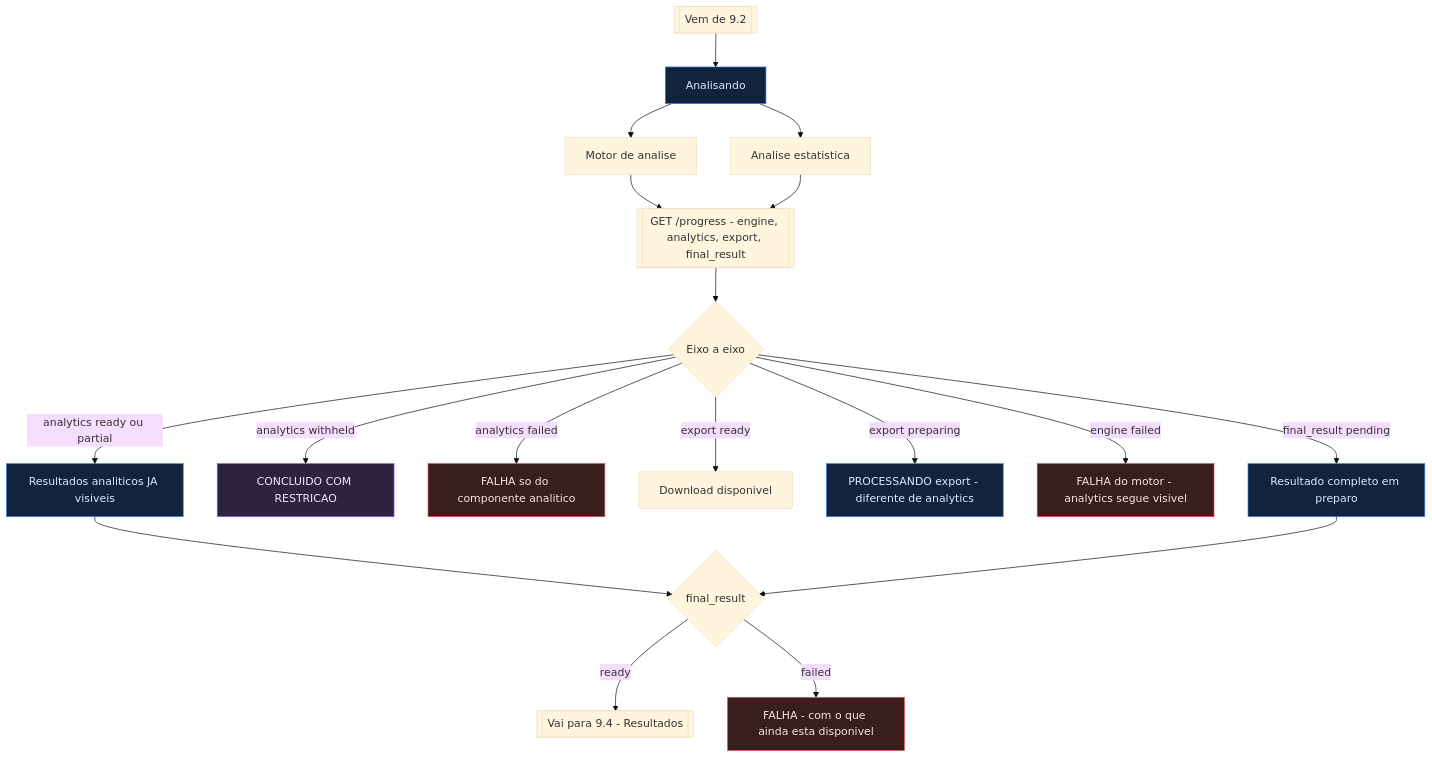
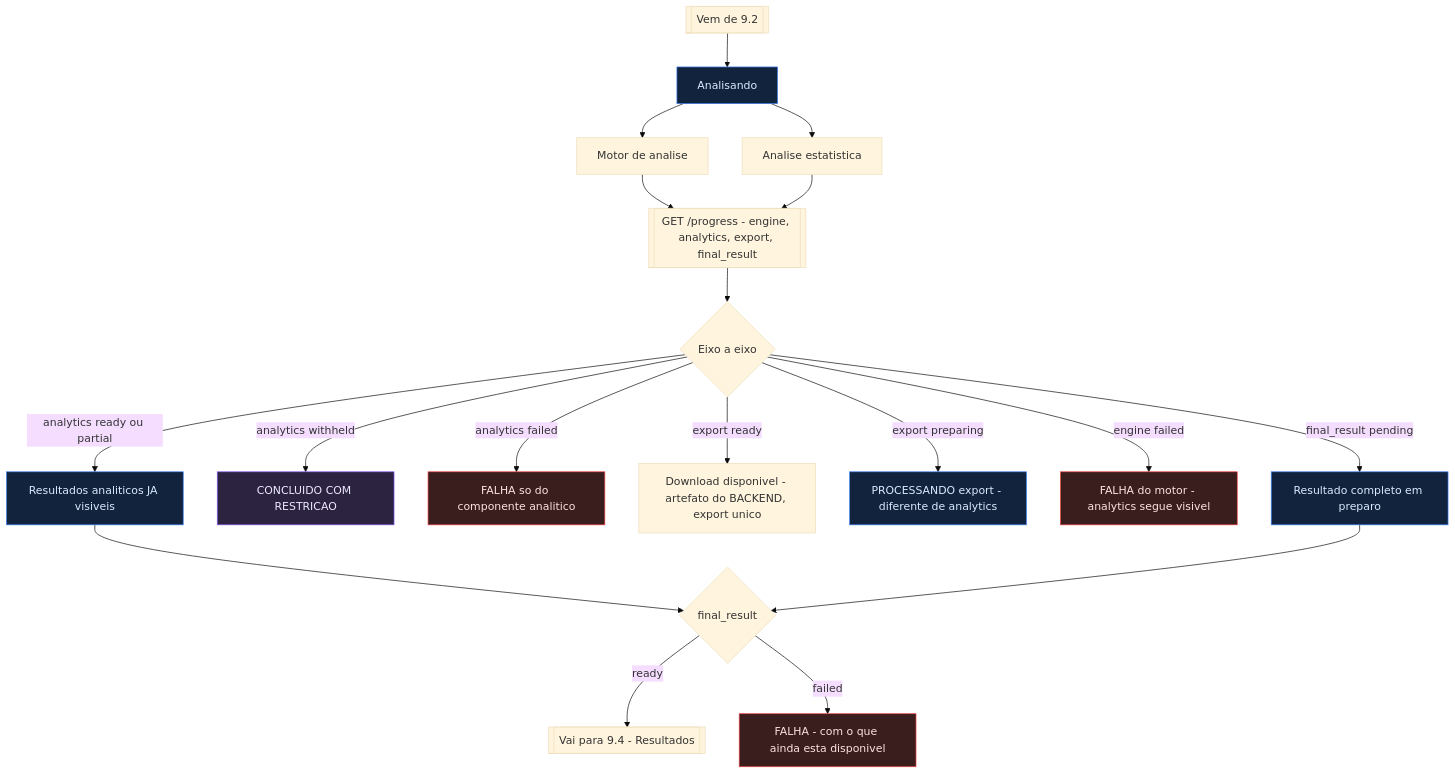
One commit to eduardosampaio1/sentinela-front changed the fourth of 5 diagrams in docs/DISCOVERY-FRONT-EXPERIENCE.md. Above: the diagram before and after it, drawn with Mermaid (base theme). The commit also changed other lines of this file, not shown here.

````diff
--- a/docs/DISCOVERY-FRONT-EXPERIENCE.md
+++ b/docs/DISCOVERY-FRONT-EXPERIENCE.md
@@ -670,27 +676,27 @@
 ```mermaid
 flowchart TD
     IN[[Vem de 9.2]] --> PAR[Analisando]:::proc
     PAR --> ENG[Motor de analise]
     PAR --> ANA[Analise estatistica]
 
     ENG --> PROG[[GET /progress - engine, analytics, export, final_result]]
     ANA --> PROG
 
     PROG --> EIXO{Eixo a eixo}
     EIXO -->|analytics ready ou partial| EARLY[Resultados analiticos JA visiveis]:::proc
     EIXO -->|analytics withheld| WH[CONCLUIDO COM RESTRICAO]:::restr
     EIXO -->|analytics failed| AF[FALHA so do componente analitico]:::fail
-    EIXO -->|export ready| DL[Download disponivel]
+    EIXO -->|export ready| DL[Download disponivel - artefato do BACKEND, export unico]
     EIXO -->|export preparing| XP[PROCESSANDO export - diferente de analytics]:::proc
     EIXO -->|engine failed| EF[FALHA do motor - analytics segue visivel]:::fail
     EIXO -->|final_result pending| WAIT[Resultado completo em preparo]:::proc
 
     EARLY --> FIN
     WAIT --> FIN{final_result}
     FIN -->|ready| OUT[[Vai para 9.4 - Resultados]]
     FIN -->|failed| FAIL[FALHA - com o que ainda esta disponivel]:::fail
 
     classDef proc fill:#12233d,stroke:#3b82f6,color:#dbeafe
     classDef restr fill:#2b2340,stroke:#8b5cf6,color:#ede9fe
     classDef fail fill:#3a1d1d,stroke:#ef4444,color:#fee2e2
 ```
````
